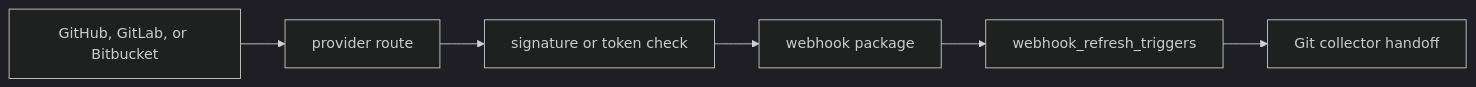
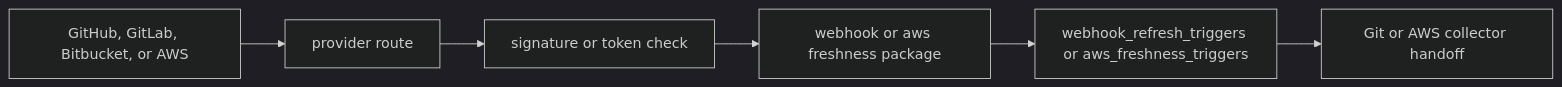
The diagram in go/cmd/webhook-listener/README.md (eshu-hq/eshu), drawn with Mermaid (dark theme) before and after one commit. The commit also changed other lines of this file and 44 other files, not shown here.

Commit message:
Add AWS freshness ingress and handoff

````diff
--- a/go/cmd/webhook-listener/README.md
+++ b/go/cmd/webhook-listener/README.md
@@ -18,8 +18,8 @@
 ```mermaid
 flowchart LR
-  Provider["GitHub, GitLab, or Bitbucket"] --> Handler["provider route"]
+  Provider["GitHub, GitLab, Bitbucket, or AWS"] --> Handler["provider route"]
   Handler --> Verify["signature or token check"]
-  Verify --> Normalize["webhook package"]
-  Normalize --> Store["webhook_refresh_triggers"]
-  Store --> Collector["Git collector handoff"]
+  Verify --> Normalize["webhook or aws freshness package"]
+  Normalize --> Store["webhook_refresh_triggers or aws_freshness_triggers"]
+  Store --> Collector["Git or AWS collector handoff"]
 ```
````
